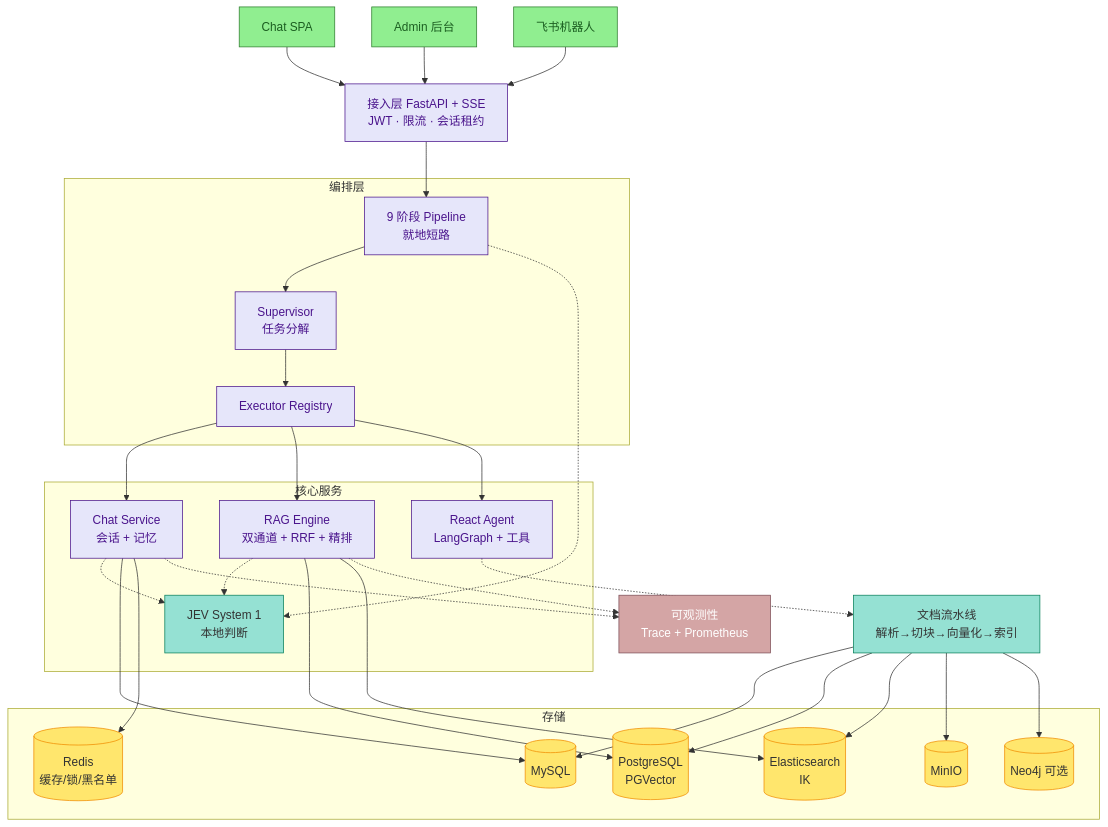
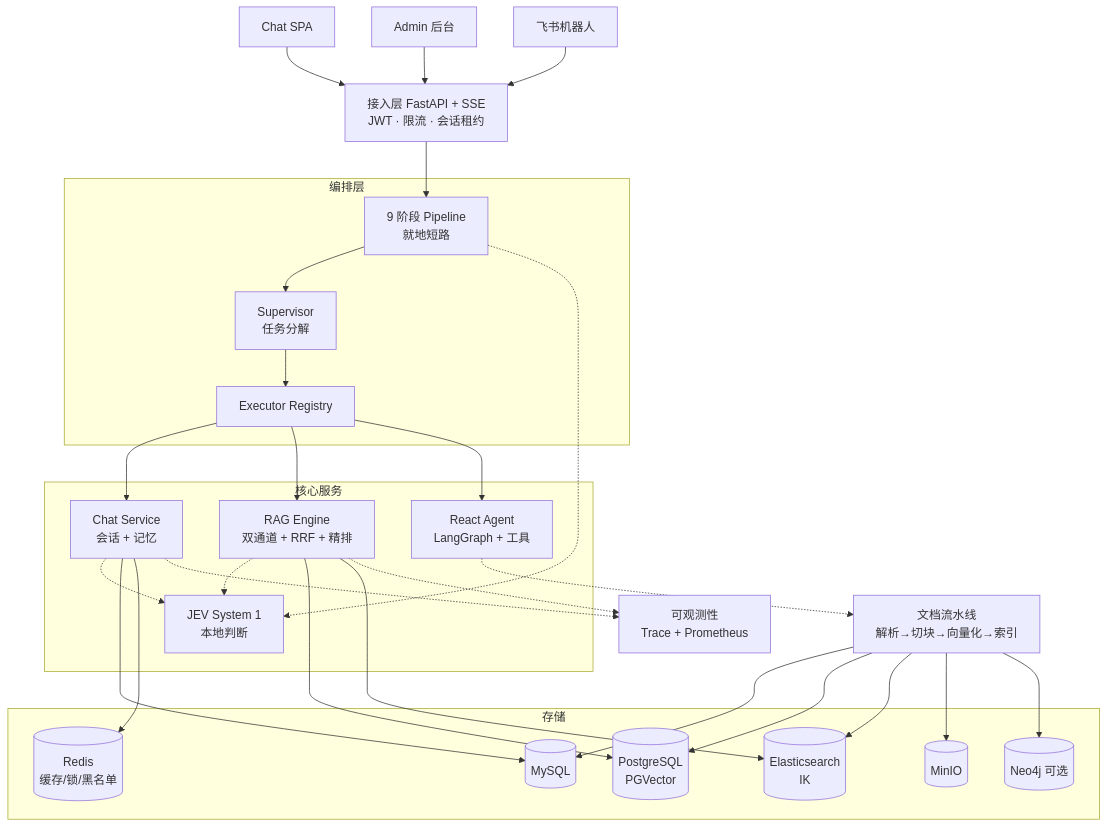
The diagram in README.md (zhentaozhang/pipeline-rag), drawn with Mermaid before and after one commit. The commit also changed other lines of this file, not shown here.

Commit message:
docs(readme): 优化 Mermaid 图表样式与正文呈现，移除自定义配色

````diff
--- a/README.md
+++ b/README.md
@@ -48,62 +48,56 @@
 ```mermaid
 flowchart TB
-    classDef client fill:#90EE90,stroke:#2E7D2E,color:#1B5E20
-    classDef core fill:#E6E6FA,stroke:#4A148C,color:#4A148C
-    classDef store fill:#FFE66D,stroke:#F08C00
-    classDef infra fill:#95E1D3,stroke:#087F5B
-    classDef obs fill:#D4A5A5,stroke:#7D4E57,color:#fff
+    UI["Chat SPA"]
+    ADMIN["Admin 后台"]
+    FEISHU["飞书机器人"]
 
-    UI[Chat SPA]:::client
-    ADMIN[Admin 后台]:::client
-    FEISHU[飞书机器人]:::client
+    FW["接入层 FastAPI + SSE<br/>JWT · 限流 · 会话租约"]
 
-    FW[接入层 FastAPI + SSE<br/>JWT · 限流 · 会话租约]:::core
-
-    subgraph Orchestration[编排层]
-        ORC[9 阶段 Pipeline<br/>就地短路]:::core
-        SUP[Supervisor<br/>任务分解]:::core
-        REG[Executor Registry]:::core
+    subgraph Orchestration["编排层"]
+        ORC["9 阶段 Pipeline<br/>就地短路"]
+        SUP["Supervisor<br/>任务分解"]
+        REG["Executor Registry"]
     end
 
-    subgraph Services[核心服务]
-        CHAT[Chat Service<br/>会话 + 记忆]:::core
-        RAG[RAG Engine<br/>双通道 + RRF + 精排]:::core
-        AGENT[React Agent<br/>LangGraph + 工具]:::core
-        JEV[JEV System 1<br/>本地判断]:::infra
+    subgraph Services["核心服务"]
+        CHAT["Chat Service<br/>会话 + 记忆"]
+        RAG["RAG Engine<br/>双通道 + RRF + 精排"]
+        AGENT["React Agent<br/>LangGraph + 工具"]
+        JEV["JEV System 1<br/>本地判断"]
     end
 
-    subgraph Storage[存储]
-        PG[(PostgreSQL<br/>PGVector)]:::store
-        ES[(Elasticsearch<br/>IK)]:::store
-        MYSQL[(MySQL)]:::store
-        RD[(Redis<br/>缓存/锁/黑名单)]:::store
-        MINIO[(MinIO)]:::store
-        NEO4J[(Neo4j 可选)]:::store
+    subgraph Storage["存储"]
+        PG[("PostgreSQL<br/>PGVector")]
+        ES[("Elasticsearch<br/>IK")]
+        MYSQL[("MySQL")]
+        RD[("Redis<br/>缓存/锁/黑名单")]
+        MINIO[("MinIO")]
+        NEO4J[("Neo4j 可选")]
     end
 
-    DOC[文档流水线<br/>解析→切块→向量化→索引]:::infra
-    OBS[可观测性<br/>Trace + Prometheus]:::obs
+    DOC["文档流水线<br/>解析→切块→向量化→索引"]
+    OBS["可观测性<br/>Trace + Prometheus"]
 
     UI --> FW
     ADMIN --> FW
     FEISHU --> FW
     FW --> ORC --> SUP --> REG
     REG --> CHAT
     REG --> RAG
     REG --> AGENT
     ORC -.-> JEV
     RAG -.-> JEV
     CHAT -.-> JEV
     CHAT --> MYSQL
     CHAT --> RD
     RAG --> PG
     RAG --> ES
     AGENT -.-> DOC
     DOC --> MYSQL
     DOC --> PG
     DOC --> ES
     DOC --> MINIO
     DOC --> NEO4J
     CHAT -.-> OBS
     RAG -.-> OBS
 ```
````
